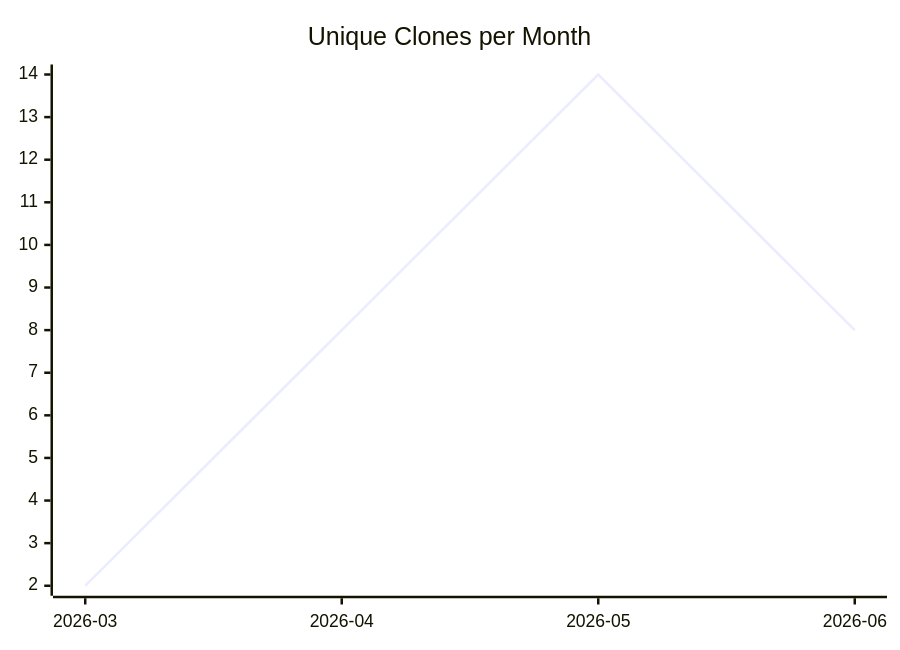
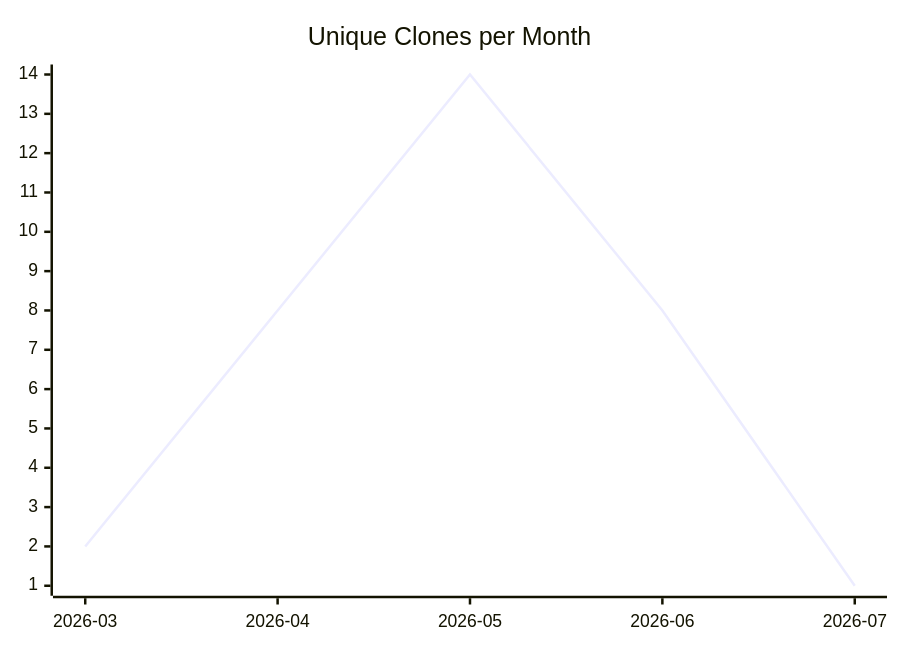
One commit to justdavis-family/github-analytics-data changed the third of 3 diagrams in karlmdavis/kobjects/README.md. Above: the diagram before and after it, drawn with Mermaid. The commit also changed other lines of this file and 199 other files, not shown here.

````diff
--- a/karlmdavis/kobjects/README.md
+++ b/karlmdavis/kobjects/README.md
@@ -19,6 +19,6 @@
 ```mermaid
 xychart-beta
   title "Unique Clones per Month"
-  x-axis ["2026-03", "2026-04", "2026-05", "2026-06"]
-  line [2, 8, 14, 8]
+  x-axis ["2026-03", "2026-04", "2026-05", "2026-06", "2026-07"]
+  line [2, 8, 14, 8, 1]
 ```
````
